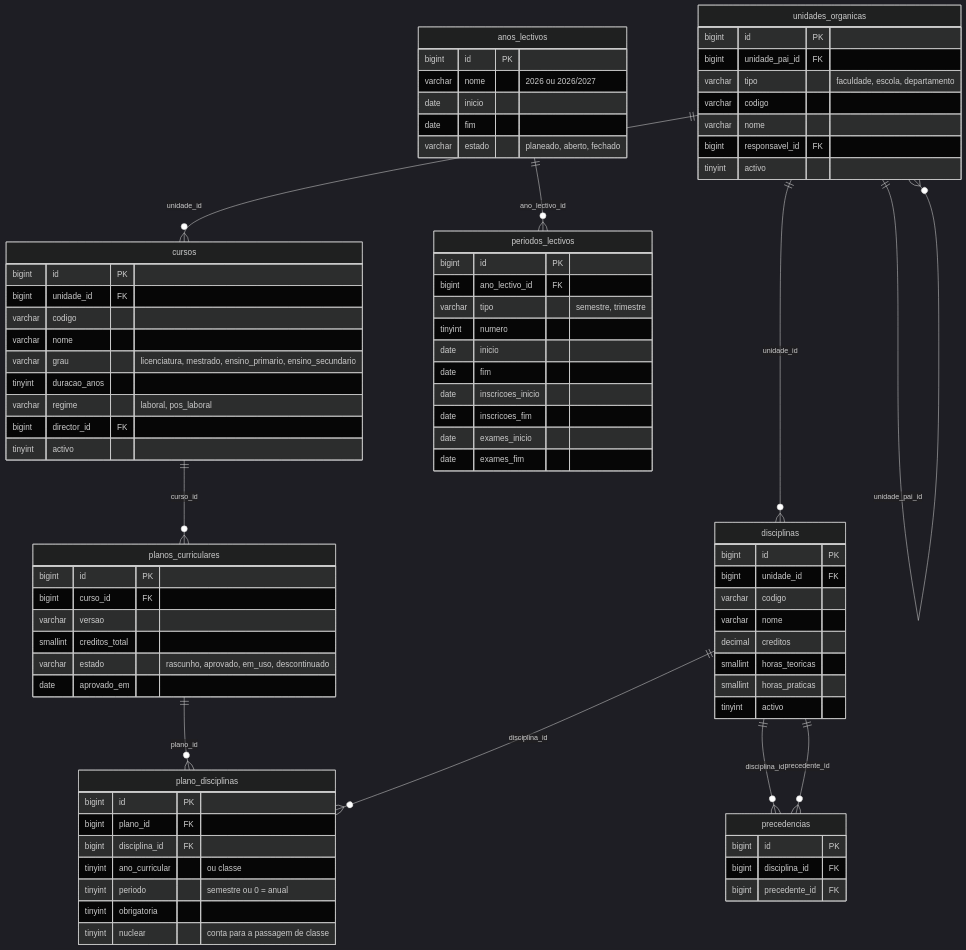
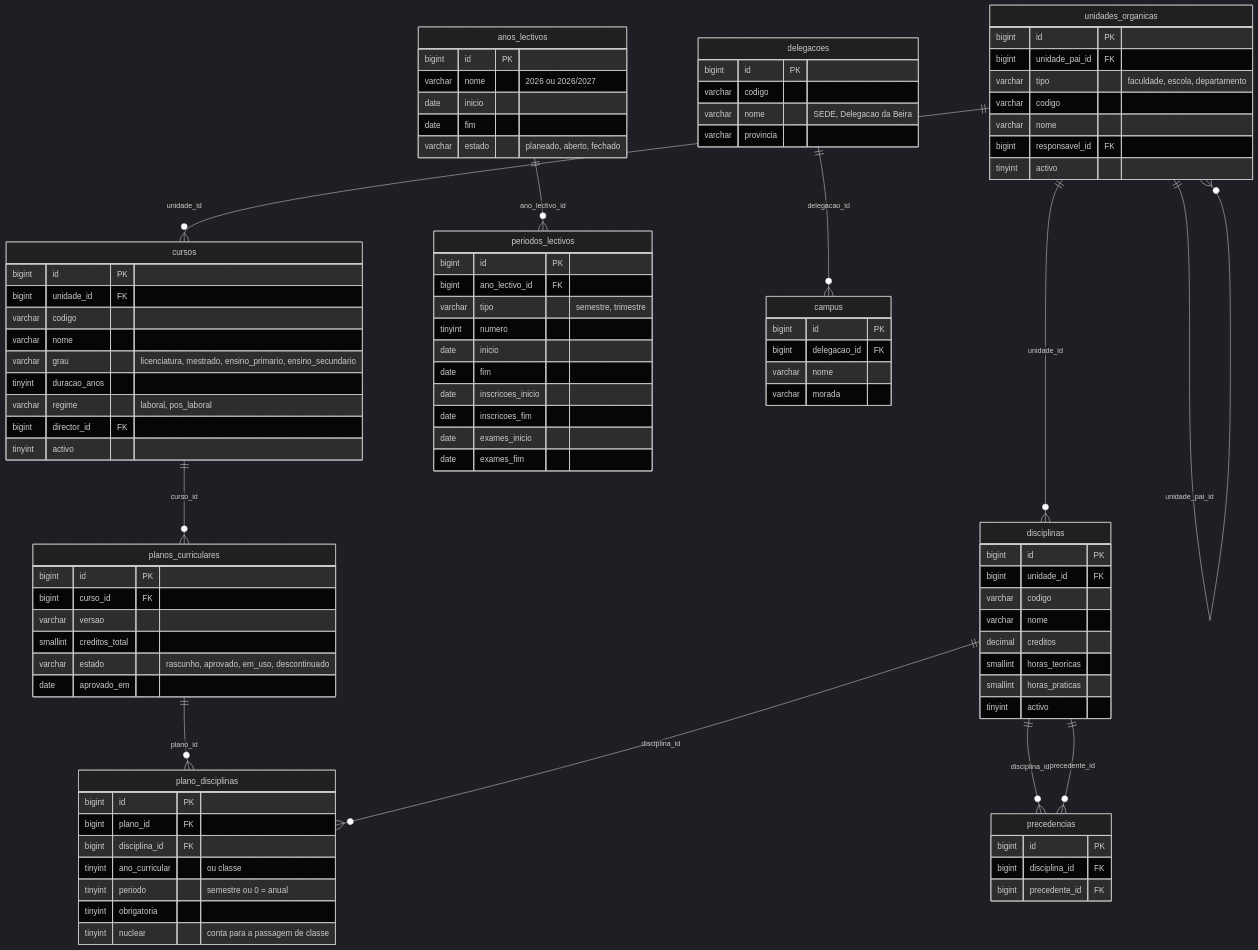
Before and after one commit to nunuDev-55/Sistema-de-faculdade-escola: the second of 7 diagrams in docs/04-base-de-dados.md, drawn with Mermaid (dark theme). The commit also changed other lines of this file and 6 other files, not shown here.

```diff
--- a/docs/04-base-de-dados.md
+++ b/docs/04-base-de-dados.md
@@ -41,6 +41,7 @@
     disciplinas ||--o{ precedencias : "disciplina_id"
     disciplinas ||--o{ precedencias : "precedente_id"
     anos_lectivos ||--o{ periodos_lectivos : "ano_lectivo_id"
+    delegacoes ||--o{ campus : "delegacao_id"
     unidades_organicas {
         bigint id PK
         bigint unidade_pai_id FK
@@ -88,6 +89,18 @@
         tinyint obrigatoria
         tinyint nuclear "conta para a passagem de classe"
     }
+    delegacoes {
+        bigint id PK
+        varchar codigo
+        varchar nome "SEDE, Delegacao da Beira"
+        varchar provincia
+    }
+    campus {
+        bigint id PK
+        bigint delegacao_id FK
+        varchar nome
+        varchar morada
+    }
     precedencias {
         bigint id PK
         bigint disciplina_id FK
```
